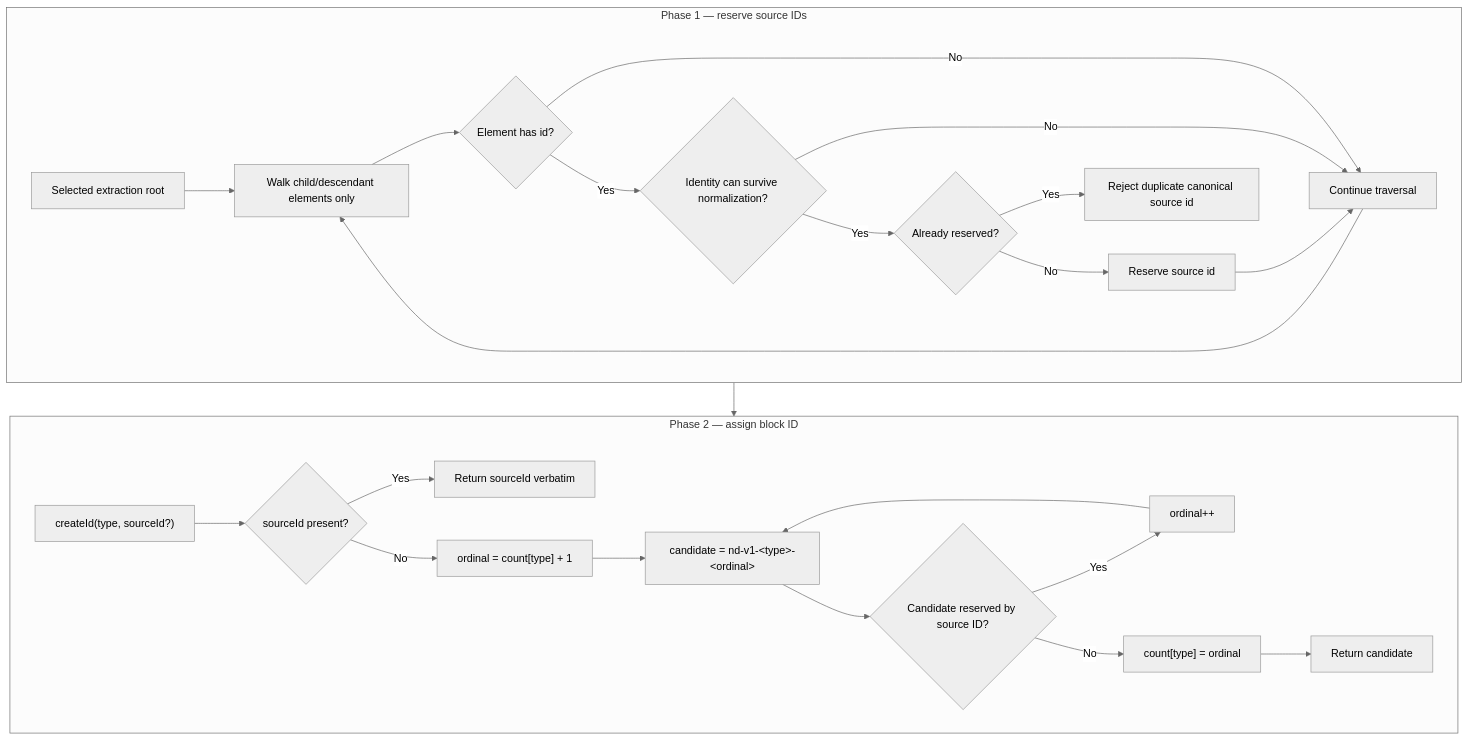
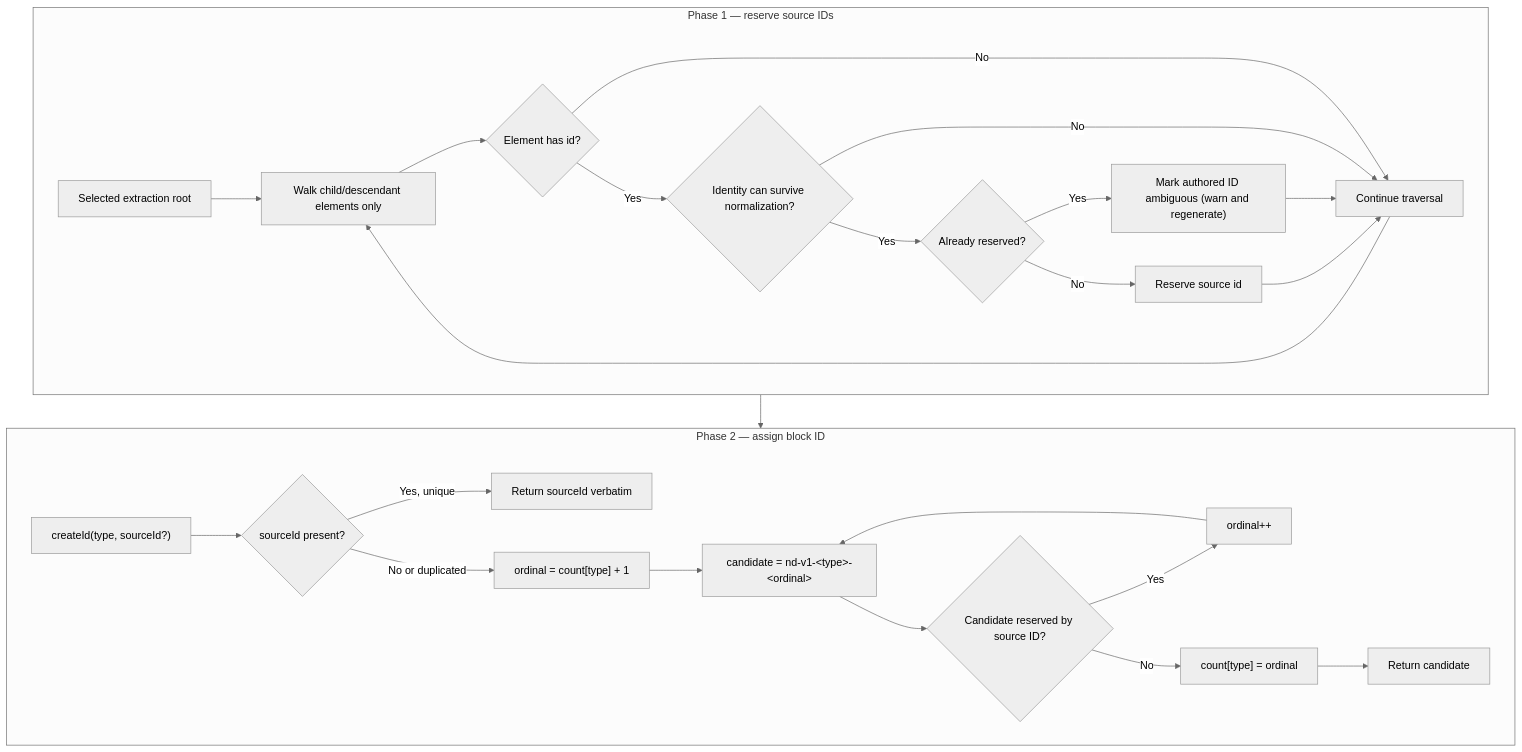
Before and after one commit to kjvonly/kjvonly.bible: the sixth of 10 diagrams in client/cli/docs/normalized-content-parsing.md, drawn with Mermaid (neutral theme). The commit also changed other lines of this file and 157 other files, not shown here.

````diff
--- a/client/cli/docs/normalized-content-parsing.md
+++ b/client/cli/docs/normalized-content-parsing.md
@@ -817,41 +828,41 @@
 ```mermaid
 flowchart TD
     subgraph ReservePhase["Phase 1 — reserve source IDs"]
         Root["Selected extraction root"]
         Walk["Walk child/descendant elements only"]
         HasHtmlId{"Element has id?"}
         Preservable{"Identity can survive normalization?"}
         Duplicate{"Already reserved?"}
-        Reject["Reject duplicate canonical source id"]
+        MarkAmbiguous["Mark authored ID ambiguous (warn and regenerate)"]
         Reserve["Reserve source id"]
         Continue["Continue traversal"]
 
         Root --> Walk --> HasHtmlId
         HasHtmlId -- No --> Continue --> Walk
         HasHtmlId -- Yes --> Preservable
         Preservable -- No --> Continue
         Preservable -- Yes --> Duplicate
-        Duplicate -- Yes --> Reject
+        Duplicate -- Yes --> MarkAmbiguous --> Continue
         Duplicate -- No --> Reserve --> Continue
     end
 
     subgraph GeneratePhase["Phase 2 — assign block ID"]
         Block["createId(type, sourceId?)"]
         HasSource{"sourceId present?"}
         Preserve["Return sourceId verbatim"]
         ReadCount["ordinal = count[type] + 1"]
         Candidate["candidate = nd-v1-&lt;type&gt;-&lt;ordinal&gt;"]
         Collision{"Candidate reserved by source ID?"}
         Increment["ordinal++"]
         Record["count[type] = ordinal"]
         Return["Return candidate"]
 
         Block --> HasSource
-        HasSource -- Yes --> Preserve
-        HasSource -- No --> ReadCount --> Candidate --> Collision
+        HasSource -- Yes, unique --> Preserve
+        HasSource -- No or duplicated --> ReadCount --> Candidate --> Collision
         Collision -- Yes --> Increment --> Candidate
         Collision -- No --> Record --> Return
     end
 
     ReservePhase --> GeneratePhase
 ```
````
